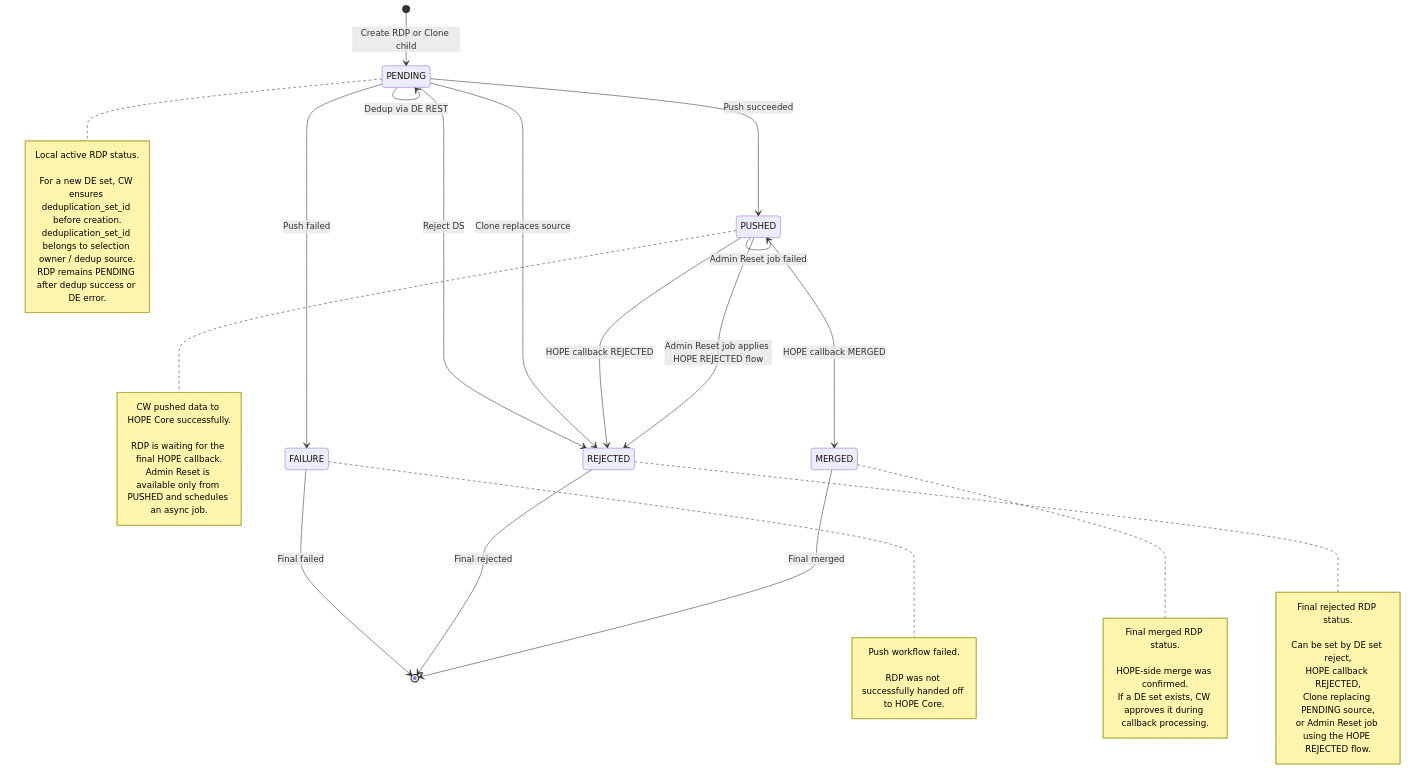
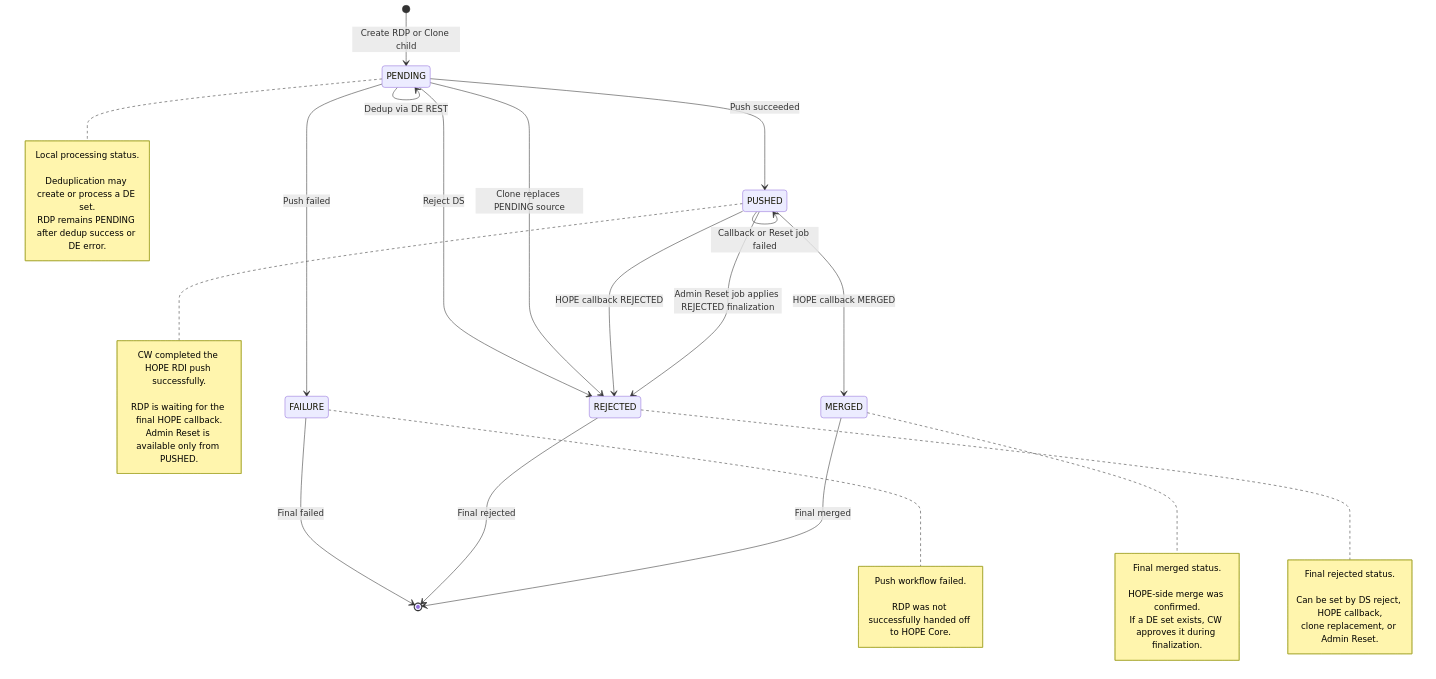
One commit to unicef/hope-country-workspace changed the first of 2 diagrams in docs/src/flows/rdp_lifecycle.md. Above: the diagram before and after it, drawn with Mermaid. The commit also changed other lines of this file and 15 other files, not shown here.

````diff
--- a/docs/src/flows/rdp_lifecycle.md
+++ b/docs/src/flows/rdp_lifecycle.md
@@ -3,51 +3,48 @@
 ```mermaid
 stateDiagram-v2
     [*] --> PENDING: Create RDP or Clone child
 
     PENDING --> PENDING: Dedup via DE REST
     PENDING --> FAILURE: Push failed
     PENDING --> PUSHED: Push succeeded
     PENDING --> REJECTED: Reject DS
-    PENDING --> REJECTED: Clone replaces source
+    PENDING --> REJECTED: Clone replaces PENDING source
 
     PUSHED --> MERGED: HOPE callback MERGED
     PUSHED --> REJECTED: HOPE callback REJECTED
-    PUSHED --> REJECTED: Admin Reset job applies HOPE REJECTED flow
-    PUSHED --> PUSHED: Admin Reset job failed
+    PUSHED --> REJECTED: Admin Reset job applies REJECTED finalization
+    PUSHED --> PUSHED: Callback or Reset job failed
 
     FAILURE --> [*]: Final failed
     REJECTED --> [*]: Final rejected
     MERGED --> [*]: Final merged
 
     note right of PENDING
-        Local active RDP status.<br>
-        For a new DE set, CW ensures deduplication_set_id before creation.
-        deduplication_set_id belongs to selection owner / dedup source.
+        Local processing status.<br>
+        Deduplication may create or process a DE set.
         RDP remains PENDING after dedup success or DE error.
     end note
 
     note right of FAILURE
         Push workflow failed.<br>
         RDP was not successfully handed off to HOPE Core.
     end note
 
     note right of PUSHED
-        CW pushed data to HOPE Core successfully.<br>
+        CW completed the HOPE RDI push successfully.<br>
         RDP is waiting for the final HOPE callback.
-        Admin Reset is available only from PUSHED and schedules an async job.
+        Admin Reset is available only from PUSHED.
     end note
 
     note right of MERGED
-        Final merged RDP status.<br>
+        Final merged status.<br>
         HOPE-side merge was confirmed.
-        If a DE set exists, CW approves it during callback processing.
+        If a DE set exists, CW approves it during finalization.
     end note
 
     note right of REJECTED
-        Final rejected RDP status.<br>
-        Can be set by DE set reject,
-        HOPE callback REJECTED,
-        Clone replacing PENDING source,
-        or Admin Reset job using the HOPE REJECTED flow.
+        Final rejected status.<br>
+        Can be set by DS reject, HOPE callback,
+        clone replacement, or Admin Reset.
     end note
 ```
````
